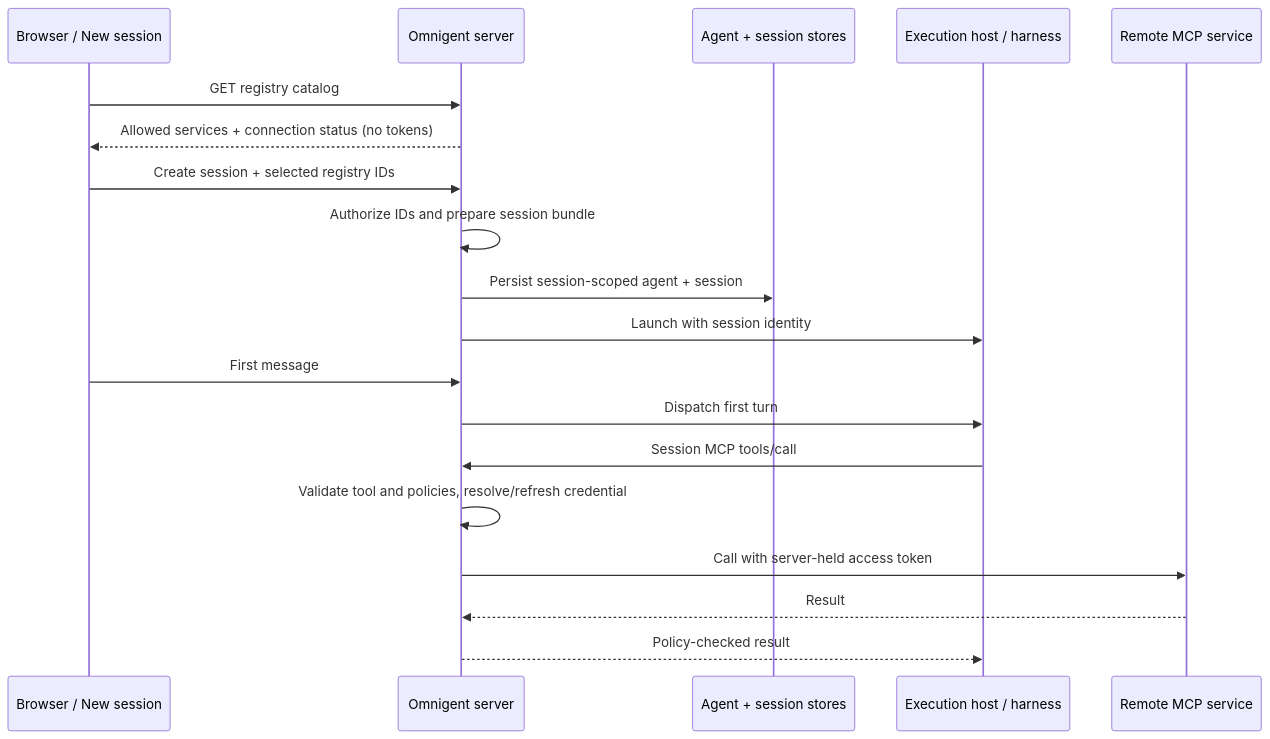
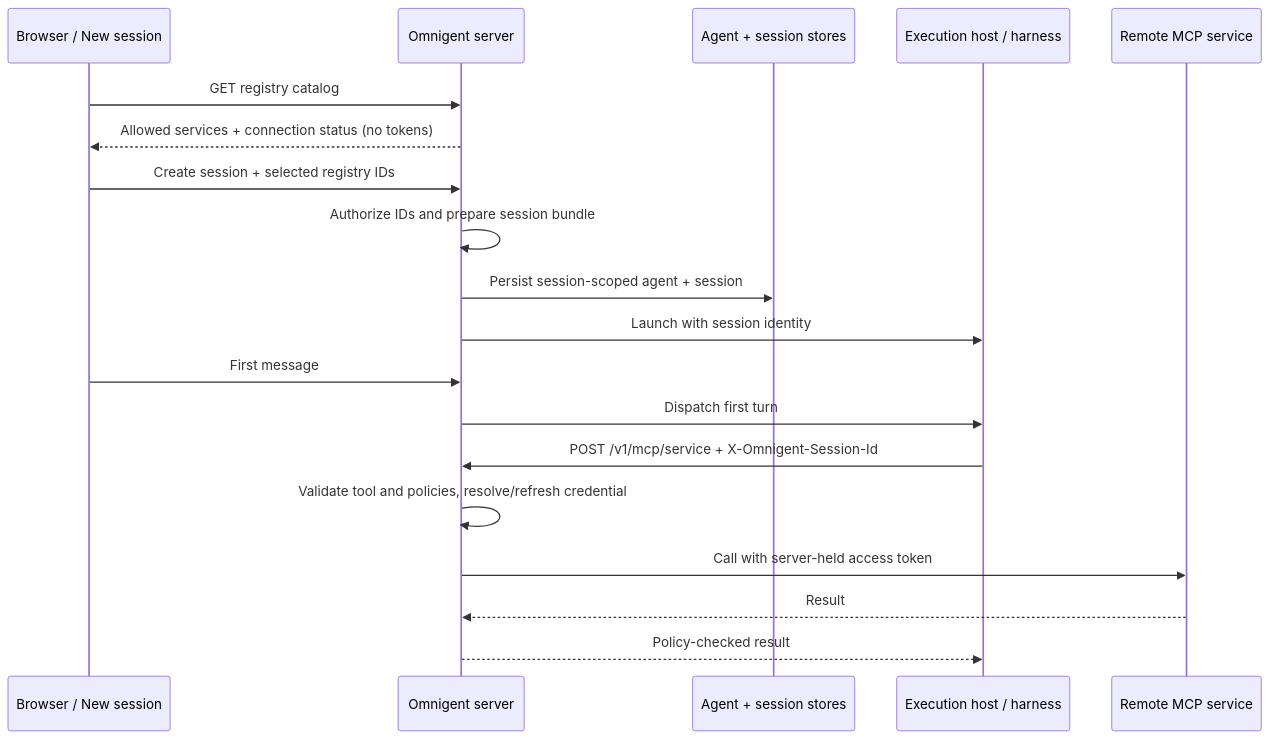
The second of 3 diagrams in examples/mcp-registry/README.md (omnigent-ai/omnigent), drawn with Mermaid before and after one commit. The commit also changed other lines of this file and 19 other files, not shown here.

Commit message:
Separate managed MCP gateway routing from session policy context

````diff
--- a/examples/mcp-registry/README.md
+++ b/examples/mcp-registry/README.md
@@ -90,21 +91,21 @@
 ```mermaid
 sequenceDiagram
   participant UI as Browser / New session
   participant Server as Omnigent server
   participant Store as Agent + session stores
   participant Sandbox as Execution host / harness
   participant MCP as Remote MCP service
   UI->>Server: GET registry catalog
   Server-->>UI: Allowed services + connection status (no tokens)
   UI->>Server: Create session + selected registry IDs
   Server->>Server: Authorize IDs and prepare session bundle
   Server->>Store: Persist session-scoped agent + session
   Server->>Sandbox: Launch with session identity
   UI->>Server: First message
   Server->>Sandbox: Dispatch first turn
-  Sandbox->>Server: Session MCP tools/call
+  Sandbox->>Server: POST /v1/mcp/service + X-Omnigent-Session-Id
   Server->>Server: Validate tool and policies, resolve/refresh credential
   Server->>MCP: Call with server-held access token
   MCP-->>Server: Result
   Server-->>Sandbox: Policy-checked result
 ```
````
